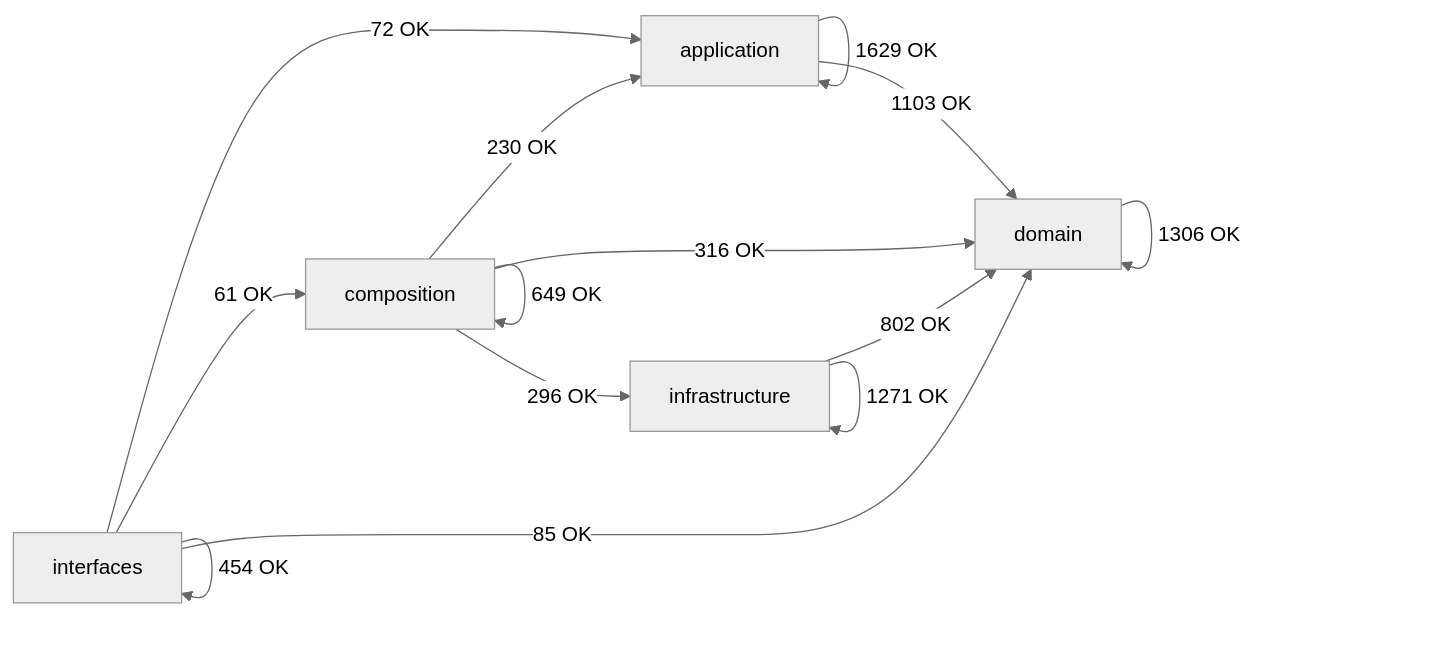
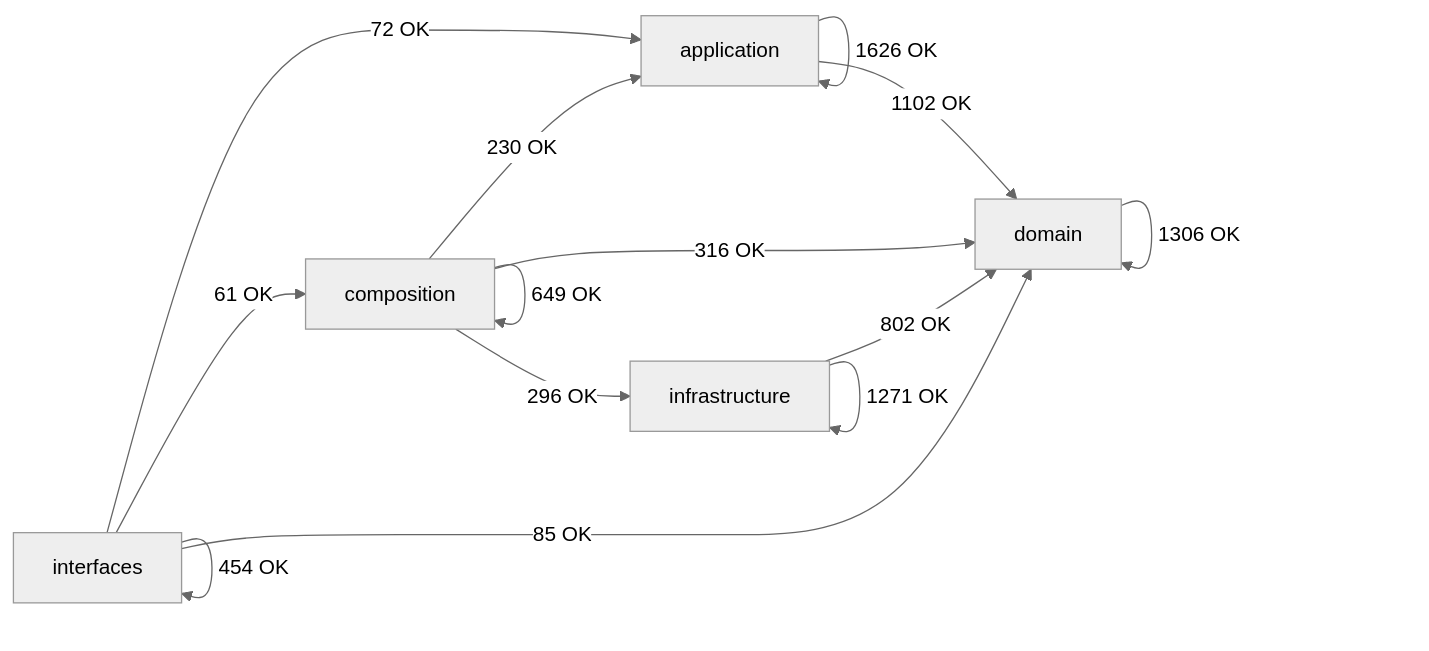
One commit to SatoryKono/BioactivityDataAcquisition changed the diagram in docs/02-architecture/generated/module-dependency-map.md. Above: the diagram before and after it, drawn with Mermaid (neutral theme). The commit also changed other lines of this file and 183 other files, not shown here.

````diff
--- a/docs/02-architecture/generated/module-dependency-map.md
+++ b/docs/02-architecture/generated/module-dependency-map.md
@@ -17,21 +17,21 @@
 ```mermaid
 flowchart LR
     domain[domain]
     application[application]
     infrastructure[infrastructure]
     composition[composition]
     interfaces[interfaces]
-    application -->|1629 OK| application
-    application -->|1103 OK| domain
+    application -->|1626 OK| application
+    application -->|1102 OK| domain
     composition -->|230 OK| application
     composition -->|649 OK| composition
     composition -->|316 OK| domain
     composition -->|296 OK| infrastructure
     domain -->|1306 OK| domain
     infrastructure -->|802 OK| domain
     infrastructure -->|1271 OK| infrastructure
     interfaces -->|72 OK| application
     interfaces -->|61 OK| composition
     interfaces -->|85 OK| domain
     interfaces -->|454 OK| interfaces
 ```
````
